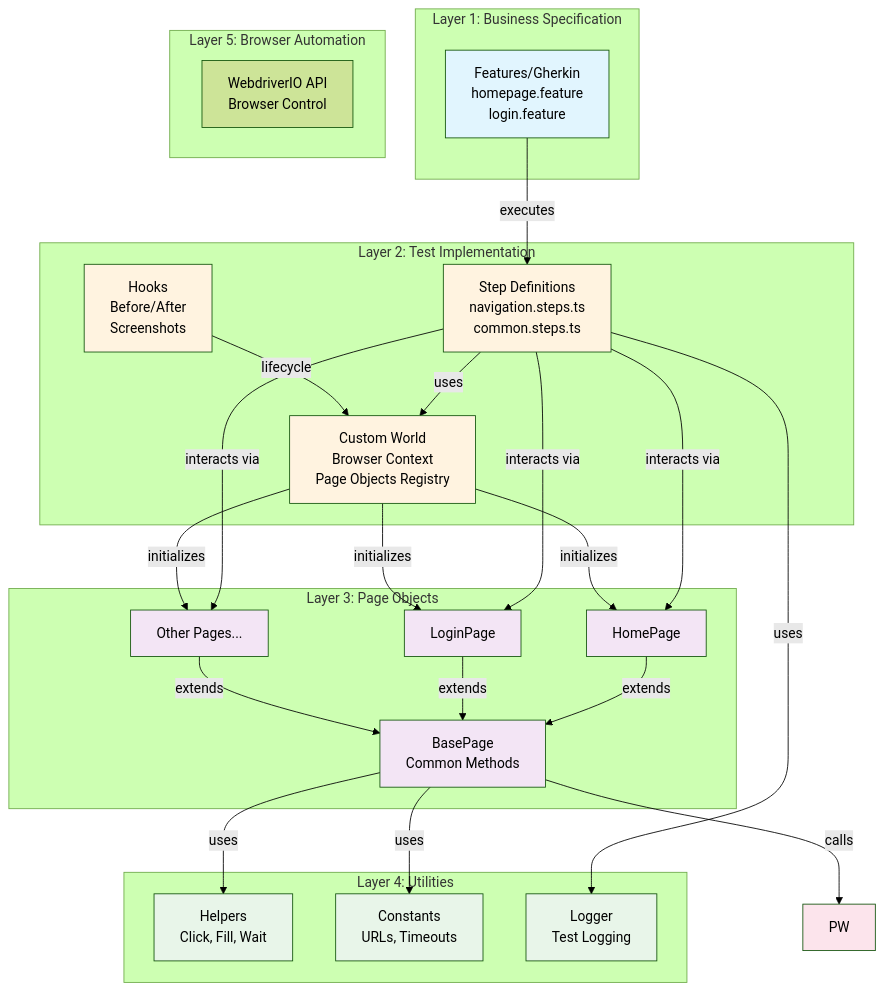
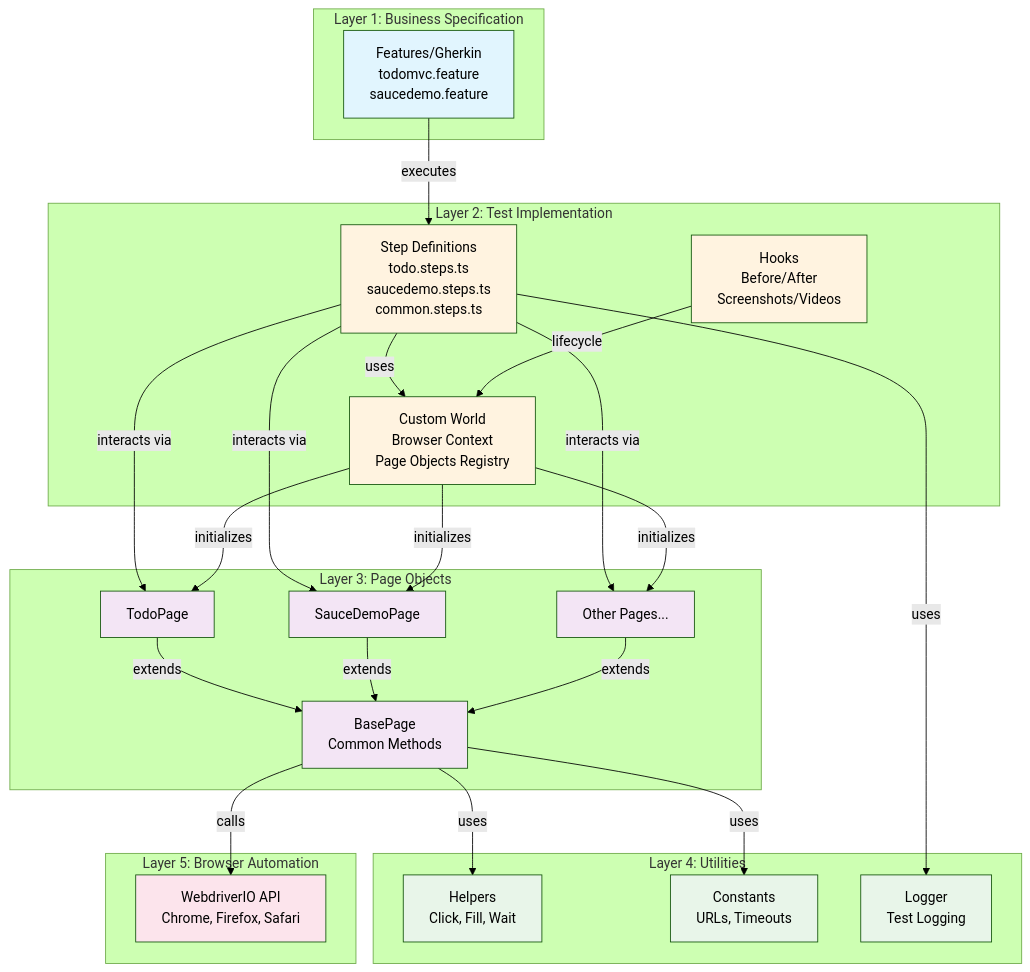
One commit to qatransformation/webdriverio-cucumber-pom-framework changed the diagram in docs/architecture/architecture-diagram.mmd. Above: the diagram before and after it, drawn with Mermaid (forest theme). The commit also changed 12 other files, not shown here.

```diff
--- a/docs/architecture/architecture-diagram.mmd
+++ b/docs/architecture/architecture-diagram.mmd
@@ -1,57 +1,57 @@
 graph TB
     subgraph "Layer 1: Business Specification"
-        F[Features/Gherkin<br/>homepage.feature<br/>login.feature]
+        F[Features/Gherkin<br/>todomvc.feature<br/>saucedemo.feature]
     end
     
     subgraph "Layer 2: Test Implementation"
-        S[Step Definitions<br/>navigation.steps.ts<br/>common.steps.ts]
+        S[Step Definitions<br/>todo.steps.ts<br/>saucedemo.steps.ts<br/>common.steps.ts]
         W[Custom World<br/>Browser Context<br/>Page Objects Registry]
-        H[Hooks<br/>Before/After<br/>Screenshots]
+        H[Hooks<br/>Before/After<br/>Screenshots/Videos]
     end
     
     subgraph "Layer 3: Page Objects"
         BP[BasePage<br/>Common Methods]
-        HP[HomePage]
-        LP[LoginPage]
+        TP[TodoPage]
+        SP[SauceDemoPage]
         OP[Other Pages...]
     end
     
     subgraph "Layer 4: Utilities"
         U1[Helpers<br/>Click, Fill, Wait]
         U2[Constants<br/>URLs, Timeouts]
         U3[Logger<br/>Test Logging]
     end
     
     subgraph "Layer 5: Browser Automation"
-        WDIO[WebdriverIO API<br/>Browser Control]
+        WDIO[WebdriverIO API<br/>Chrome, Firefox, Safari]
     end
     
     F -->|executes| S
     S -->|uses| W
-    S -->|interacts via| HP
-    S -->|interacts via| LP
+    S -->|interacts via| TP
+    S -->|interacts via| SP
     S -->|interacts via| OP
-    W -->|initializes| HP
-    W -->|initializes| LP
+    W -->|initializes| TP
+    W -->|initializes| SP
     W -->|initializes| OP
     H -->|lifecycle| W
-    HP -->|extends| BP
-    LP -->|extends| BP
+    TP -->|extends| BP
+    SP -->|extends| BP
     OP -->|extends| BP
     BP -->|uses| U1
     BP -->|uses| U2
     S -->|uses| U3
-    BP -->|calls| PW
+    BP -->|calls| WDIO
     
     style F fill:#e1f5fe
     style S fill:#fff3e0
     style W fill:#fff3e0
     style H fill:#fff3e0
     style BP fill:#f3e5f5
-    style HP fill:#f3e5f5
-    style LP fill:#f3e5f5
+    style TP fill:#f3e5f5
+    style SP fill:#f3e5f5
     style OP fill:#f3e5f5
     style U1 fill:#e8f5e9
     style U2 fill:#e8f5e9
     style U3 fill:#e8f5e9
-    style PW fill:#fce4ec
+    style WDIO fill:#fce4ec
```
